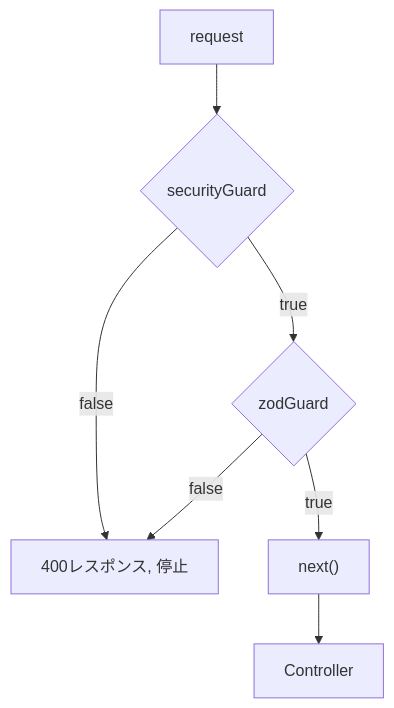
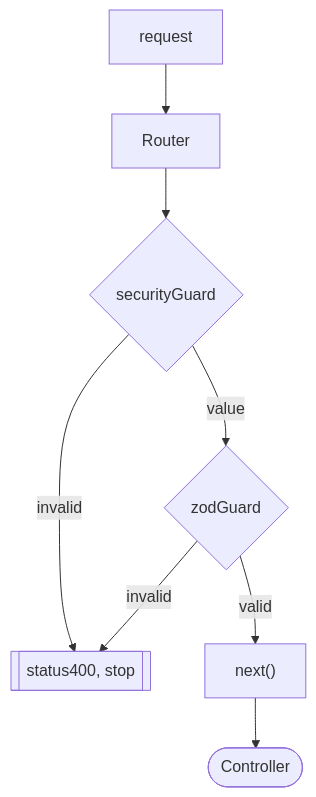
The first of 3 diagrams in docs/BE_Security.md (fujitashuichi/shared-driven-layered-ddd), drawn with Mermaid before and after one commit. The commit also changed other lines of this file and 41 other files, not shown here.

````diff
--- a/docs/BE_Security.md
+++ b/docs/BE_Security.md
@@ -48,9 +53,10 @@
 ```mermaid
 graph TD
- A[request] --> B{securityGuard}
-  B -- false --> Error[400レスポンス, 停止]
-  B -- true --> D{zodGuard}
-  D -- false --> Error
-  D -- true --> F["next()"]
-  F --> G[Controller]
+Req[request] --> Router
+Router --> ReqSecurity{securityGuard}
+  ReqSecurity -- invalid --> Error[[status400, stop]]
+  ReqSecurity -- value --> ReqZod{zodGuard}
+  ReqZod -- invalid --> Error
+  ReqZod -- valid --> Next["next()"]
+  Next --> Controller([Controller])
 ```
````
